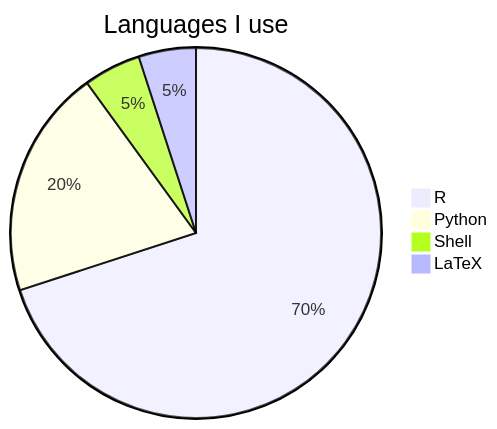
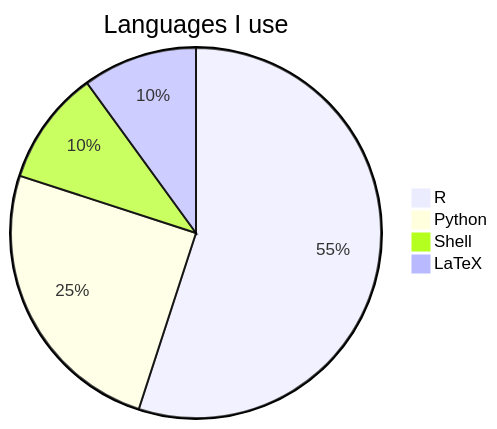
One commit to alexchaichan/alexchaichan changed the diagram in README.md. Above: the diagram before and after it, drawn with Mermaid.

````diff
--- a/README.md
+++ b/README.md
@@ -1,8 +1,8 @@
 ```mermaid
 pie
     title Languages I use
-    "R" : 14
-    "Python" : 4
-    "Shell" : 1
-    "\LaTeX": 1
+    "R" : 11
+    "Python" : 5
+    "Shell" : 2
+    "LaTeX": 2
 ```
````
